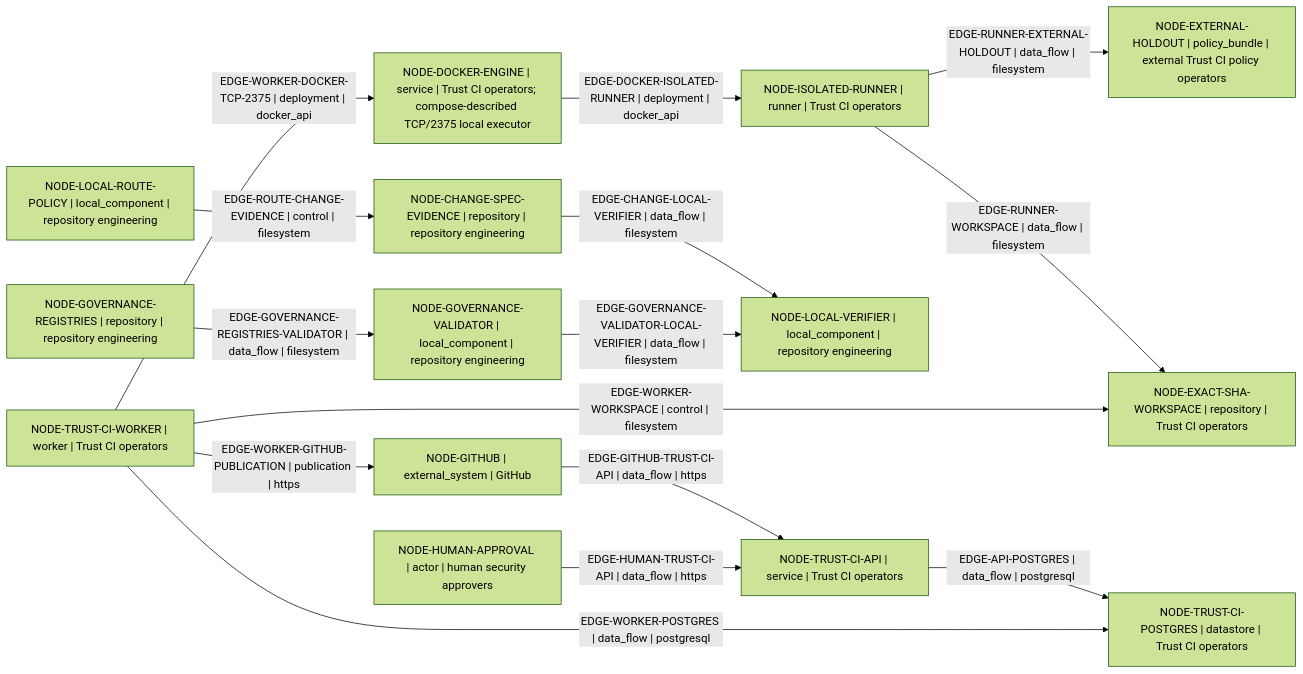
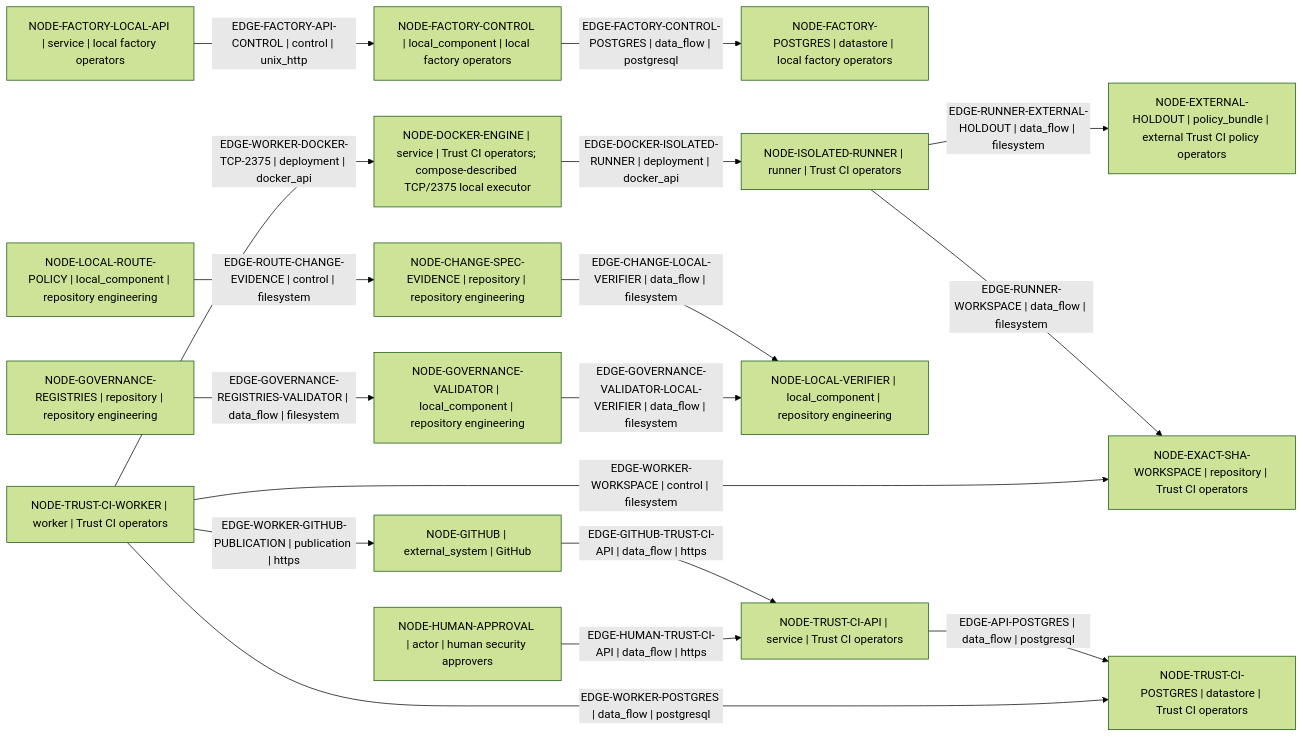
Before and after one commit to Dimkox/adaptive-grok-build-pro: the diagram in architecture/generated/container.mmd, drawn with Mermaid (forest theme). The commit also changed 8 other files, not shown here.

Commit message:
feat(factory): model isolated control plane

```diff
--- a/architecture/generated/container.mmd
+++ b/architecture/generated/container.mmd
@@ -1,29 +1,34 @@
 flowchart LR
   node_8938bd3db1932751["NODE-CHANGE-SPEC-EVIDENCE | repository | repository engineering"]
   node_4e78270f61d78ed8["NODE-DOCKER-ENGINE | service | Trust CI operators; compose-described TCP/2375 local executor"]
   node_2e8a7072de3f3743["NODE-EXACT-SHA-WORKSPACE | repository | Trust CI operators"]
   node_0a0fe2f046a648e9["NODE-EXTERNAL-HOLDOUT | policy_bundle | external Trust CI policy operators"]
+  node_a6c166e55f8e1784["NODE-FACTORY-CONTROL | local_component | local factory operators"]
+  node_93915052ae8a2e67["NODE-FACTORY-LOCAL-API | service | local factory operators"]
+  node_a77de286f8308fd4["NODE-FACTORY-POSTGRES | datastore | local factory operators"]
   node_8b8a8cd21b180532["NODE-GITHUB | external_system | GitHub"]
   node_dfd1104494c6ab8f["NODE-GOVERNANCE-REGISTRIES | repository | repository engineering"]
   node_23677f8757246623["NODE-GOVERNANCE-VALIDATOR | local_component | repository engineering"]
   node_e4e37173e410ad23["NODE-HUMAN-APPROVAL | actor | human security approvers"]
   node_1c3a10ba26a8e80d["NODE-ISOLATED-RUNNER | runner | Trust CI operators"]
   node_770cf3a1783e8525["NODE-LOCAL-ROUTE-POLICY | local_component | repository engineering"]
   node_23bed8fcbfc79861["NODE-LOCAL-VERIFIER | local_component | repository engineering"]
   node_d0e570b2fbe52f98["NODE-TRUST-CI-API | service | Trust CI operators"]
   node_1a6c7efb2d08591b["NODE-TRUST-CI-POSTGRES | datastore | Trust CI operators"]
   node_070dda93443dcc1f["NODE-TRUST-CI-WORKER | worker | Trust CI operators"]
   node_d0e570b2fbe52f98 -->|"EDGE-API-POSTGRES | data_flow | postgresql"| node_1a6c7efb2d08591b
   node_8938bd3db1932751 -->|"EDGE-CHANGE-LOCAL-VERIFIER | data_flow | filesystem"| node_23bed8fcbfc79861
   node_4e78270f61d78ed8 -->|"EDGE-DOCKER-ISOLATED-RUNNER | deployment | docker_api"| node_1c3a10ba26a8e80d
+  node_93915052ae8a2e67 -->|"EDGE-FACTORY-API-CONTROL | control | unix_http"| node_a6c166e55f8e1784
+  node_a6c166e55f8e1784 -->|"EDGE-FACTORY-CONTROL-POSTGRES | data_flow | postgresql"| node_a77de286f8308fd4
   node_8b8a8cd21b180532 -->|"EDGE-GITHUB-TRUST-CI-API | data_flow | https"| node_d0e570b2fbe52f98
   node_dfd1104494c6ab8f -->|"EDGE-GOVERNANCE-REGISTRIES-VALIDATOR | data_flow | filesystem"| node_23677f8757246623
   node_23677f8757246623 -->|"EDGE-GOVERNANCE-VALIDATOR-LOCAL-VERIFIER | data_flow | filesystem"| node_23bed8fcbfc79861
   node_e4e37173e410ad23 -->|"EDGE-HUMAN-TRUST-CI-API | data_flow | https"| node_d0e570b2fbe52f98
   node_770cf3a1783e8525 -->|"EDGE-ROUTE-CHANGE-EVIDENCE | control | filesystem"| node_8938bd3db1932751
   node_1c3a10ba26a8e80d -->|"EDGE-RUNNER-EXTERNAL-HOLDOUT | data_flow | filesystem"| node_0a0fe2f046a648e9
   node_1c3a10ba26a8e80d -->|"EDGE-RUNNER-WORKSPACE | data_flow | filesystem"| node_2e8a7072de3f3743
   node_070dda93443dcc1f -->|"EDGE-WORKER-DOCKER-TCP-2375 | deployment | docker_api"| node_4e78270f61d78ed8
   node_070dda93443dcc1f -->|"EDGE-WORKER-GITHUB-PUBLICATION | publication | https"| node_8b8a8cd21b180532
   node_070dda93443dcc1f -->|"EDGE-WORKER-POSTGRES | data_flow | postgresql"| node_1a6c7efb2d08591b
   node_070dda93443dcc1f -->|"EDGE-WORKER-WORKSPACE | control | filesystem"| node_2e8a7072de3f3743
```
